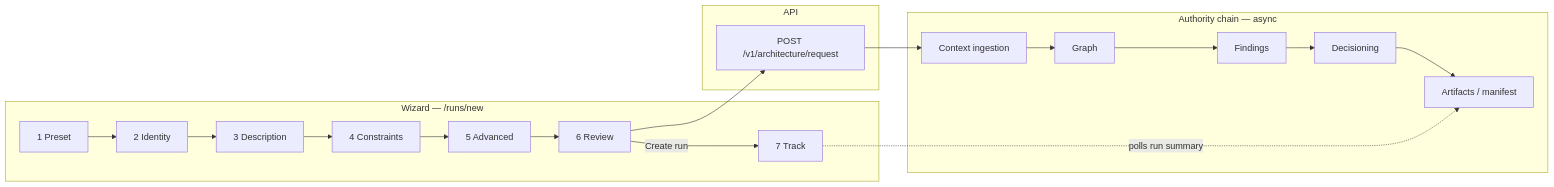
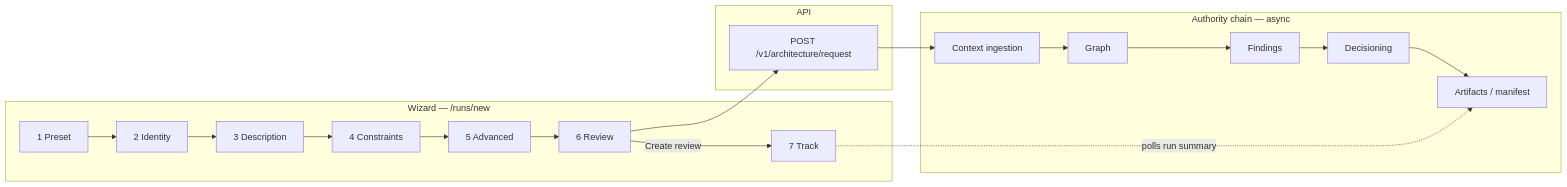
Before and after one commit to joefrancisGA/ArchLucid: the diagram in docs/library/FIRST_RUN_WIZARD.md, drawn with Mermaid. The commit also changed other lines of this file and 33 other files, not shown here.

````diff
--- a/docs/library/FIRST_RUN_WIZARD.md
+++ b/docs/library/FIRST_RUN_WIZARD.md
@@ -39,30 +39,30 @@
 ```mermaid
 flowchart LR
   subgraph wizard [Wizard — /runs/new]
     S1[1 Preset]
     S2[2 Identity]
     S3[3 Description]
     S4[4 Constraints]
     S5[5 Advanced]
     S6[6 Review]
     S7[7 Track]
-    S1 --> S2 --> S3 --> S4 --> S5 --> S6 -->|Create run| S7
+    S1 --> S2 --> S3 --> S4 --> S5 --> S6 -->|Create review| S7
   end
 
   subgraph api [API]
     POST[POST /v1/architecture/request]
   end
 
   subgraph pipeline [Authority chain — async]
     CTX[Context ingestion]
     GRA[Graph]
     FIN[Findings]
     DEC[Decisioning]
     ART[Artifacts / manifest]
     CTX --> GRA --> FIN --> DEC --> ART
   end
 
   S6 --> POST
   POST --> CTX
   S7 -. polls run summary .-> ART
 ```
````
